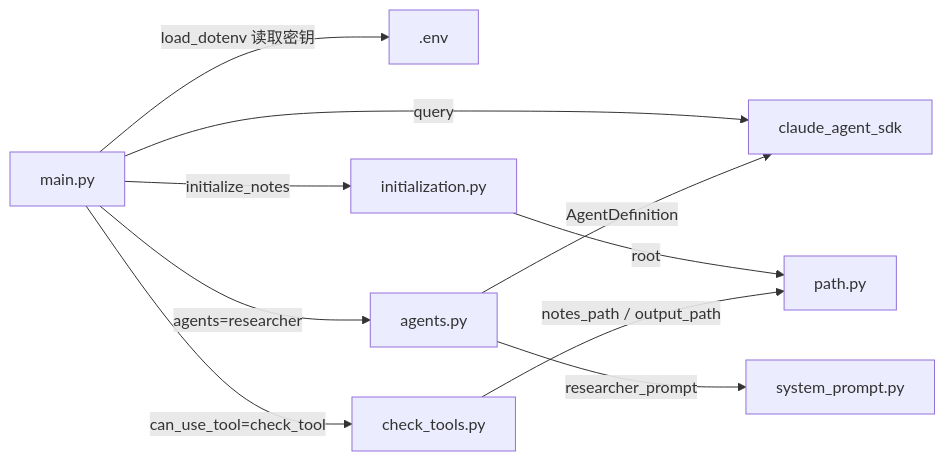
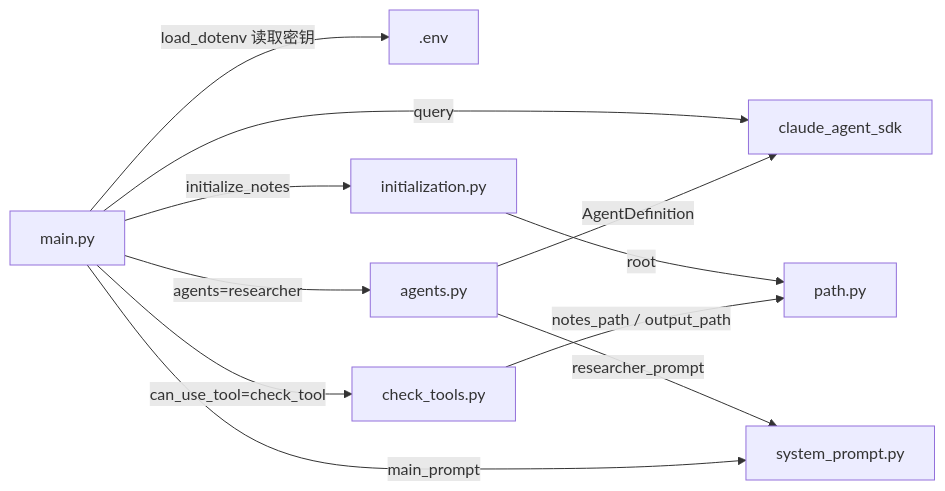
One commit to Andiey-126/ResearchAgent changed the diagram in _learning/project_tree.md. Above: the diagram before and after it, drawn with Mermaid. The commit also changed other lines of this file and 4 other files, not shown here.

````diff
--- a/_learning/project_tree.md
+++ b/_learning/project_tree.md
@@ -68,12 +70,13 @@
 ```mermaid
 graph LR
     main["main.py"] -->|load_dotenv 读取密钥| env[".env"]
     main -->|query| sdk["claude_agent_sdk"]
     main -->|initialize_notes| init["initialization.py"]
     init -->|root| path["path.py"]
     main -->|can_use_tool=check_tool| check["check_tools.py"]
     main -->|agents=researcher| agents["agents.py"]
     agents -->|AgentDefinition| sdk
     agents -->|researcher_prompt| sp["system_prompt.py"]
+    main -->|main_prompt| sp
     check -->|notes_path / output_path| path["path.py"]
 ```
````
